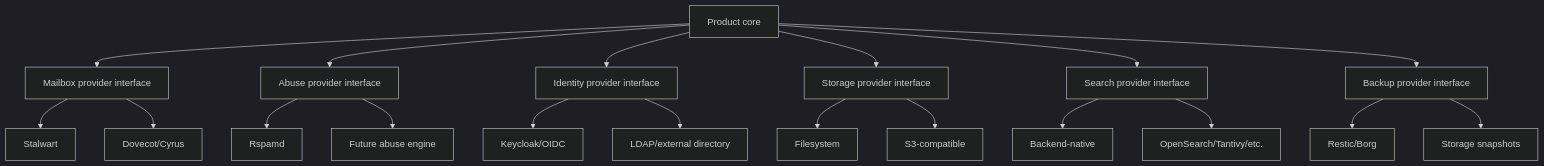
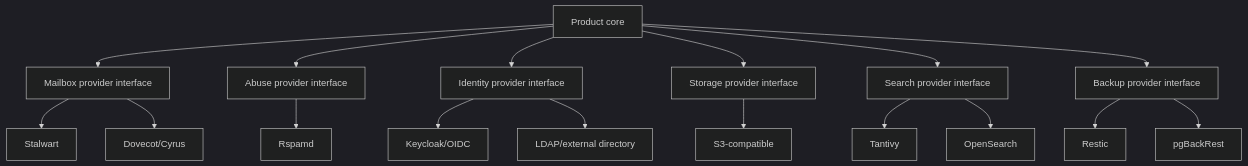
One commit to microscaler/opengroupware changed the eighth of 10 diagrams in docs/05-build-roadmap.md. Above: the diagram before and after it, drawn with Mermaid (dark theme). The commit also changed other lines of this file and 39 other files, not shown here.

````diff
--- a/docs/05-build-roadmap.md
+++ b/docs/05-build-roadmap.md
@@ -287,28 +287,26 @@
 ```mermaid
 flowchart TB
   Product[Product core]
   Product --> MailProvider[Mailbox provider interface]
   Product --> AbuseProvider[Abuse provider interface]
   Product --> IdentityProvider[Identity provider interface]
   Product --> StorageProvider[Storage provider interface]
   Product --> SearchProvider[Search provider interface]
   Product --> BackupProvider[Backup provider interface]
 
   MailProvider --> Stalwart[Stalwart]
   MailProvider --> Dovecot[Dovecot/Cyrus]
 
   AbuseProvider --> Rspamd[Rspamd]
-  AbuseProvider --> FutureAbuse[Future abuse engine]
 
   IdentityProvider --> Keycloak[Keycloak/OIDC]
   IdentityProvider --> LDAP[LDAP/external directory]
 
-  StorageProvider --> FS[Filesystem]
   StorageProvider --> S3[S3-compatible]
 
-  SearchProvider --> Native[Backend-native]
-  SearchProvider --> OpenSearch[OpenSearch/Tantivy/etc.]
+  SearchProvider --> Tantivy[Tantivy]
+  SearchProvider --> OpenSearch[OpenSearch]
 
-  BackupProvider --> Restic[Restic/Borg]
-  BackupProvider --> Snapshot[Storage snapshots]
+  BackupProvider --> Restic[Restic]
+  BackupProvider --> PgBackRest[pgBackRest]
 ```
````
